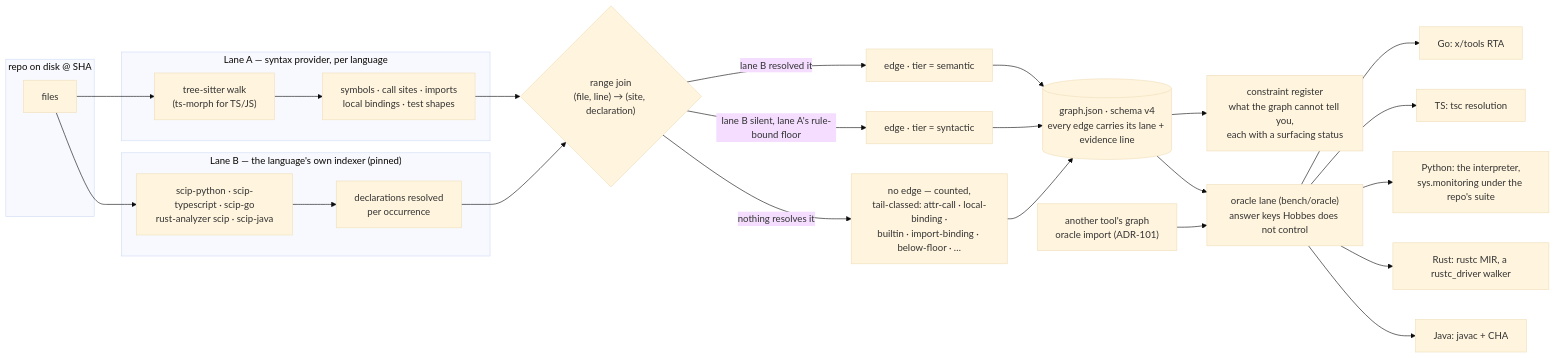
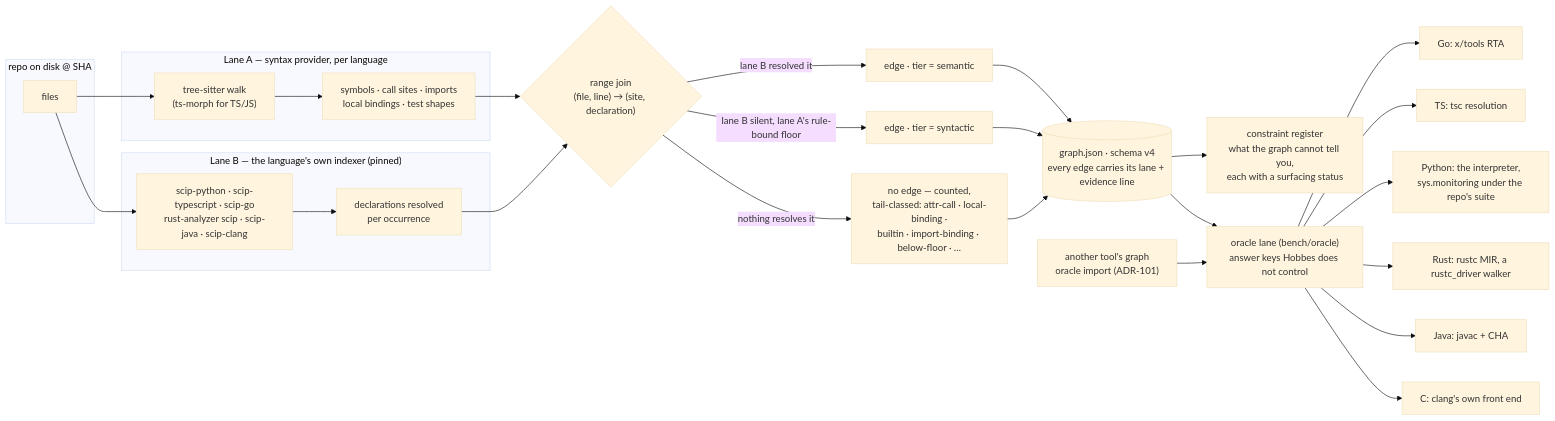
The first of 2 diagrams in docs/how-hobbes-differs.md (majax7714/Hobbes), drawn with Mermaid (base theme) before and after one commit. The commit also changed 13 other files, not shown here.

````diff
--- a/docs/how-hobbes-differs.md
+++ b/docs/how-hobbes-differs.md
@@ -33,30 +33,31 @@
 ```mermaid
 flowchart LR
   subgraph repo["repo on disk @ SHA"]
     F[files]
   end
   subgraph A["Lane A — syntax provider, per language"]
     TS["tree-sitter walk<br/>(ts-morph for TS/JS)"] --> S1[symbols · call sites · imports<br/>local bindings · test shapes]
   end
   subgraph B["Lane B — the language's own indexer (pinned)"]
-    SCIP[scip-python · scip-typescript · scip-go<br/>rust-analyzer scip · scip-java] --> S2[declarations resolved<br/>per occurrence]
+    SCIP[scip-python · scip-typescript · scip-go<br/>rust-analyzer scip · scip-java · scip-clang] --> S2[declarations resolved<br/>per occurrence]
   end
   F --> TS
   F --> SCIP
   S1 --> J{"range join<br/>(file, line) → (site, declaration)"}
   S2 --> J
   J -->|"lane B resolved it"| SEM["edge · tier = semantic"]
   J -->|"lane B silent, lane A's rule-bound floor"| SYN["edge · tier = syntactic"]
   J -->|"nothing resolves it"| TAIL["no edge — counted,<br/>tail-classed: attr-call · local-binding ·<br/>builtin · import-binding · below-floor · …"]
   SEM --> G[(graph.json · schema v4<br/>every edge carries its lane + evidence line)]
   SYN --> G
   TAIL --> G
   G --> REG["constraint register<br/>what the graph cannot tell you,<br/>each with a surfacing status"]
   G --> ORA["oracle lane (bench/oracle)<br/>answer keys Hobbes does not control"]
   ORA --> O1[Go: x/tools RTA]
   ORA --> O2[TS: tsc resolution]
   ORA --> O3[Python: the interpreter,<br/>sys.monitoring under the repo's suite]
   ORA --> O4[Rust: rustc MIR, a rustc_driver walker]
   ORA --> O5[Java: javac + CHA]
+  ORA --> O6[C: clang's own front end]
   FOREIGN["another tool's graph<br/>oracle import (ADR-101)"] --> ORA
 ```
````
